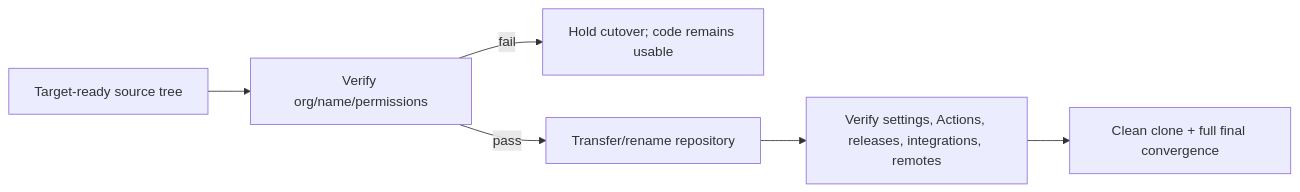
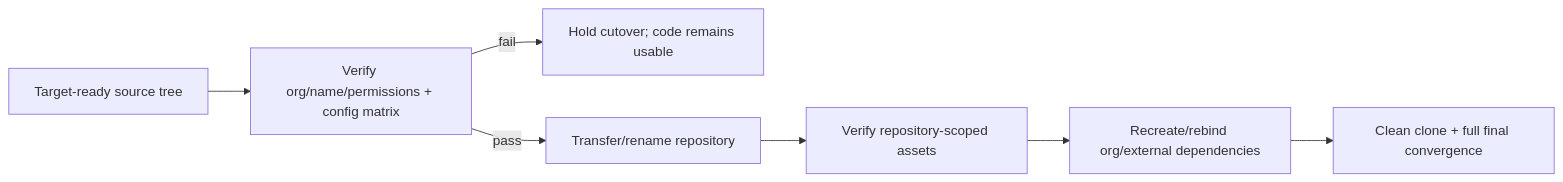
The fourth of 5 diagrams in .kiro/specs/aiproxer-complete-rebranding/design.md (matdev83/go-llm-interactive-proxy), drawn with Mermaid before and after one commit. The commit also changed other lines of this file, not shown here.

````diff
--- a/.kiro/specs/aiproxer-complete-rebranding/design.md
+++ b/.kiro/specs/aiproxer-complete-rebranding/design.md
@@ -379,8 +493,9 @@
 ```mermaid
 flowchart LR
-    READY[Target-ready source tree] --> PRE[Verify org/name/permissions]
+    READY[Target-ready source tree] --> PRE[Verify org/name/permissions + config matrix]
     PRE -->|fail| HOLD[Hold cutover; code remains usable]
     PRE -->|pass| MOVE[Transfer/rename repository]
-    MOVE --> VERIFY[Verify settings, Actions, releases, integrations, remotes]
-    VERIFY --> CLEAN[Clean clone + full final convergence]
+    MOVE --> VERIFY[Verify repository-scoped assets]
+    VERIFY --> REBIND[Recreate/rebind org/external dependencies]
+    REBIND --> CLEAN[Clean clone + full final convergence]
 ```
````
